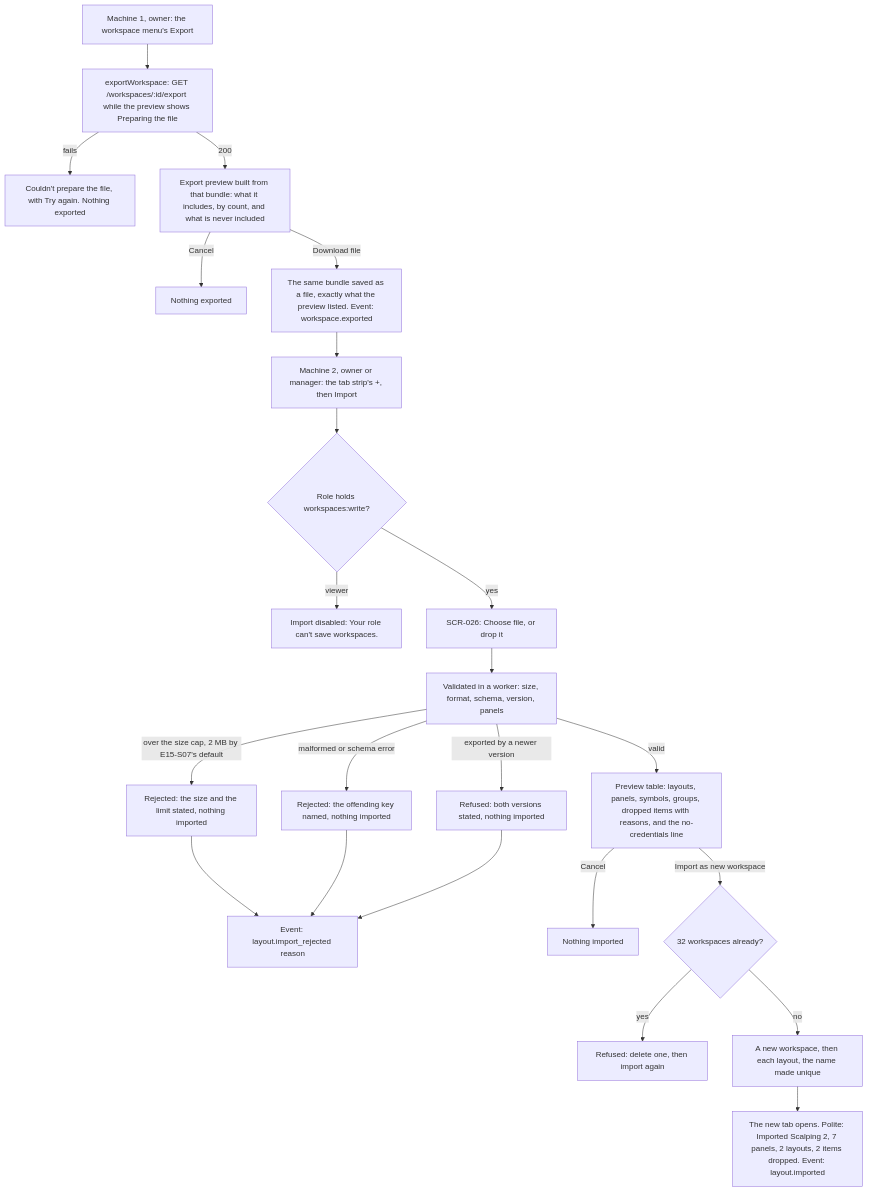
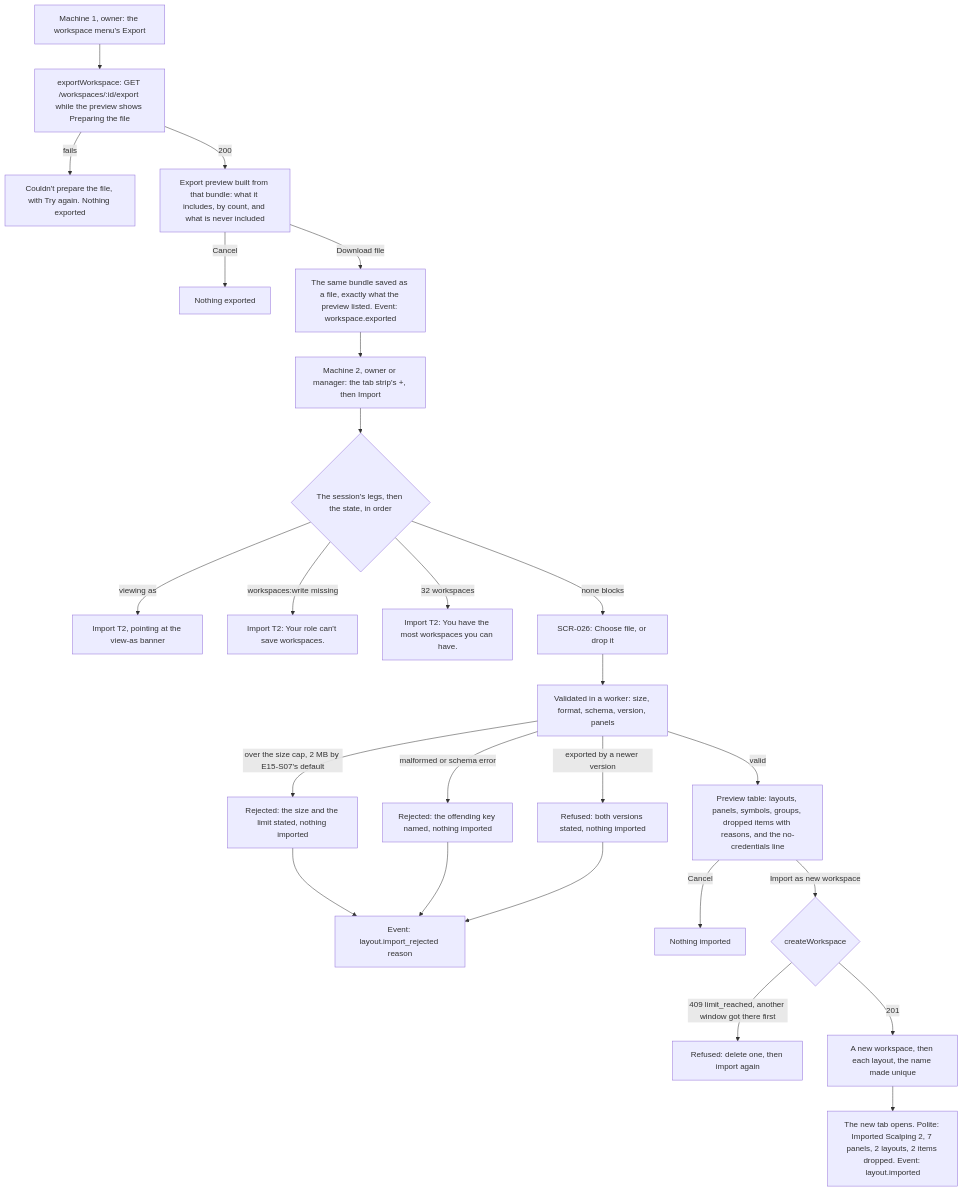
The sixth of 6 diagrams in docs/design/specs/e15-layout-flows.md (CandleViewer/CandleViewer), drawn with Mermaid before and after one commit. The commit also changed other lines of this file and 2 other files, not shown here.

First line of the commit message:
docs(charting-ui): apply the E09-D09 T2 gate to E15-D02 (orchestrator text round)

````diff
--- a/docs/design/specs/e15-layout-flows.md
+++ b/docs/design/specs/e15-layout-flows.md
@@ -133,25 +140,27 @@
 ```mermaid
 flowchart TD
   A6["Machine 1, owner: the workspace menu's Export"] --> B6["exportWorkspace: GET /workspaces/:id/export while the preview shows Preparing the file"]
   B6 -->|fails| R6["Couldn't prepare the file, with Try again. Nothing exported"]
   B6 -->|200| C6["Export preview built from that bundle: what it includes, by count, and what is never included"]
   C6 -->|Cancel| Z6["Nothing exported"]
   C6 -->|Download file| S6["The same bundle saved as a file, exactly what the preview listed. Event: workspace.exported"]
   S6 --> D6["Machine 2, owner or manager: the tab strip's +, then Import"]
-  D6 --> E6{"Role holds workspaces:write?"}
-  E6 -->|viewer| F6["Import disabled: Your role can't save workspaces."]
-  E6 -->|yes| G6["SCR-026: Choose file, or drop it"]
+  D6 --> E6{"The session's legs, then the state, in order"}
+  E6 -->|viewing as| V6["Import T2, pointing at the view-as banner"]
+  E6 -->|workspaces:write missing| F6["Import T2: Your role can't save workspaces."]
+  E6 -->|32 workspaces| W6["Import T2: You have the most workspaces you can have."]
+  E6 -->|none blocks| G6["SCR-026: Choose file, or drop it"]
   G6 --> H6["Validated in a worker: size, format, schema, version, panels"]
   H6 -->|over the size cap, 2 MB by E15-S07's default| I6["Rejected: the size and the limit stated, nothing imported"]
   H6 -->|malformed or schema error| J6["Rejected: the offending key named, nothing imported"]
   H6 -->|exported by a newer version| K6["Refused: both versions stated, nothing imported"]
   I6 --> X6["Event: layout.import_rejected reason"]
   J6 --> X6
   K6 --> X6
   H6 -->|valid| L6["Preview table: layouts, panels, symbols, groups, dropped items with reasons, and the no-credentials line"]
   L6 -->|Cancel| Y6["Nothing imported"]
-  L6 -->|Import as new workspace| M6{"32 workspaces already?"}
-  M6 -->|yes| N6["Refused: delete one, then import again"]
-  M6 -->|no| O6["A new workspace, then each layout, the name made unique"]
+  L6 -->|Import as new workspace| M6{"createWorkspace"}
+  M6 -->|409 limit_reached, another window got there first| N6["Refused: delete one, then import again"]
+  M6 -->|201| O6["A new workspace, then each layout, the name made unique"]
   O6 --> P6["The new tab opens. Polite: Imported Scalping 2, 7 panels, 2 layouts, 2 items dropped. Event: layout.imported"]
 ```
````
